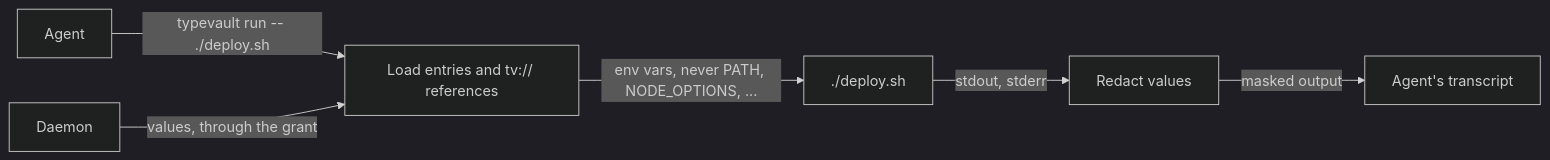
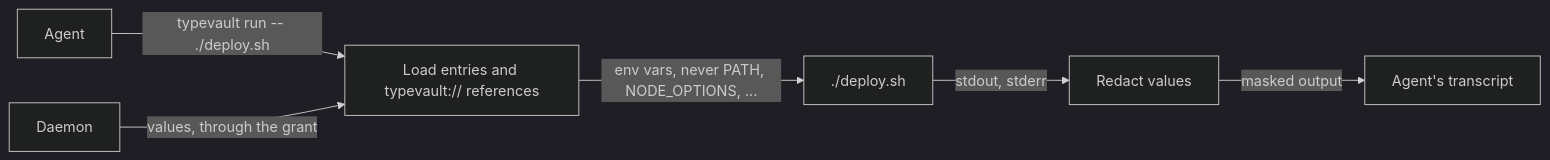
Before and after one commit to typeclaw/typevault: the second of 3 diagrams in README.md, drawn with Mermaid (dark theme). The commit also changed other lines of this file and 17 other files, not shown here.

````diff
--- a/README.md
+++ b/README.md
@@ -110,8 +110,8 @@
 ```mermaid
 flowchart LR
-  agent[Agent] -- "typevault run -- ./deploy.sh" --> load["Load entries and tv:// references"]
+  agent[Agent] -- "typevault run -- ./deploy.sh" --> load["Load entries and typevault:// references"]
   daemon[Daemon] -- "values, through the grant" --> load
   load -- "env vars, never PATH, NODE_OPTIONS, ..." --> child["./deploy.sh"]
   child -- "stdout, stderr" --> redact[Redact values]
   redact -- "masked output" --> transcript[Agent's transcript]
 ```
````
